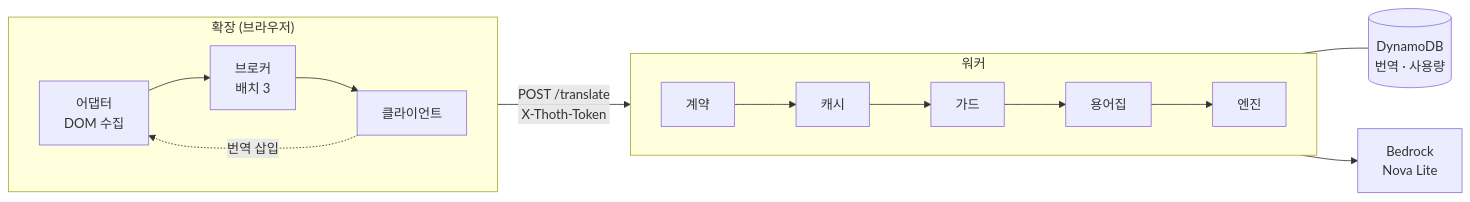
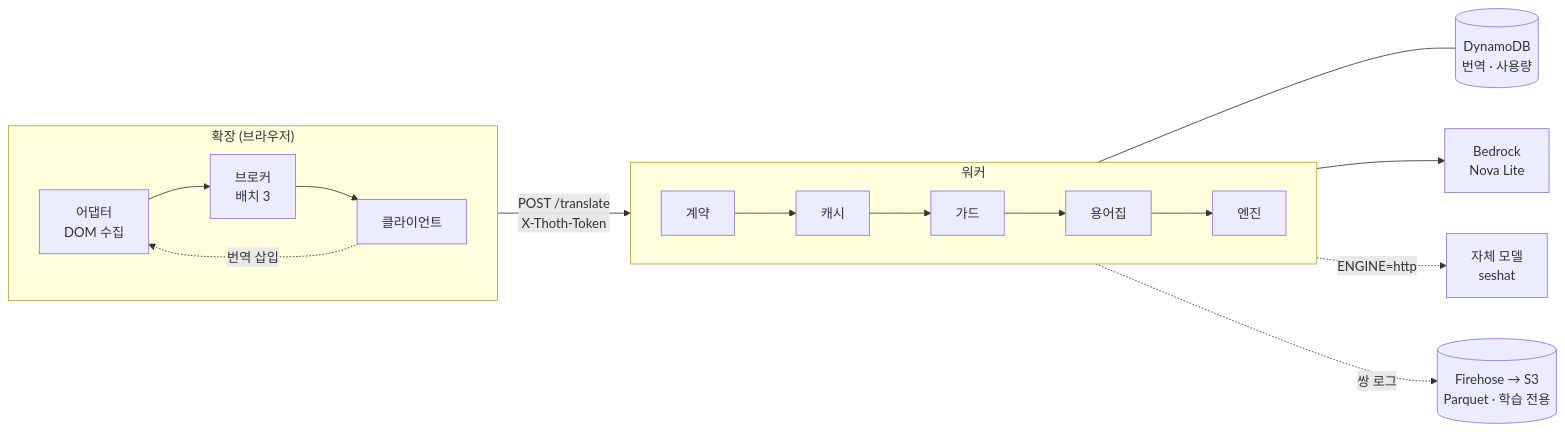
Before and after one commit to CleverAIFox/thoth: the diagram in README.md, drawn with Mermaid. The commit also changed other lines of this file and 7 other files, not shown here.

````diff
--- a/README.md
+++ b/README.md
@@ -14,15 +19,17 @@
 ```mermaid
 flowchart LR
   subgraph EXT["확장 (브라우저)"]
     direction LR
     A["어댑터<br/>DOM 수집"] --> B["브로커<br/>배치 3"] --> C["클라이언트"]
   end
   C -->|"POST /translate<br/>X-Thoth-Token"| D
   subgraph WRK["워커"]
     direction LR
     D["계약"] --> E["캐시"] --> F["가드"] --> G["용어집"] --> H["엔진"]
   end
   E --- DB[("DynamoDB<br/>번역 · 사용량")]
   H --> BR["Bedrock<br/>Nova Lite"]
+  H -.->|"ENGINE=http"| SS["자체 모델<br/>seshat"]
+  H -.->|"쌍 로그"| FH[("Firehose → S3<br/>Parquet · 학습 전용")]
   C -.->|번역 삽입| A
 ```
````
